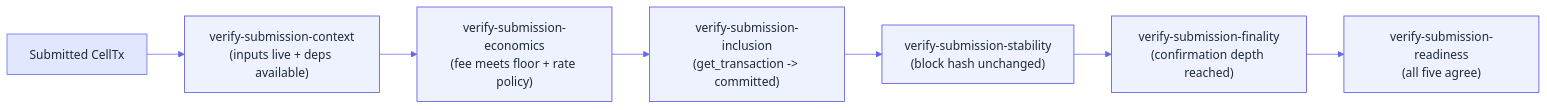
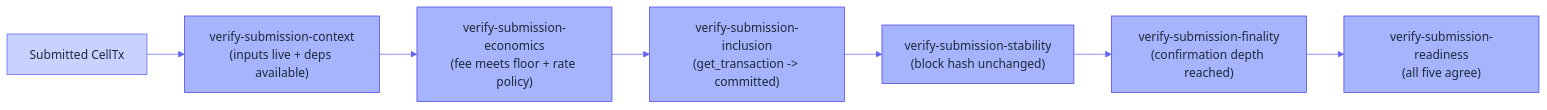
Before and after one commit to Myelin-Labs/Myelin: the third of 3 diagrams in docs/interactions/da-flow.md, drawn with Mermaid. The commit also changed other lines of this file and 31 other files, not shown here.

````diff
--- a/docs/interactions/da-flow.md
+++ b/docs/interactions/da-flow.md
@@ -213,26 +213,26 @@
 ```mermaid
 %%{init: {
   "theme": "base",
   "themeVariables": {
-    "primaryColor": "#EEF2FF",
+    "primaryColor": "#A5B4FC",
     "primaryTextColor": "#1E293B",
     "primaryBorderColor": "#4F46E5",
     "lineColor": "#6366F1",
-    "secondaryColor": "#E0E7FF",
+    "secondaryColor": "#C7D2FE",
     "tertiaryColor": "#C7D2FE"
   }
 }}%%
 flowchart LR
     A["Submitted CellTx"]:::in
     B["verify-submission-context<br/>(inputs live + deps available)"]:::step
     C["verify-submission-economics<br/>(fee meets floor + rate policy)"]:::step
     D["verify-submission-inclusion<br/>(get_transaction -> committed)"]:::step
     E["verify-submission-stability<br/>(block hash unchanged)"]:::step
     F["verify-submission-finality<br/>(confirmation depth reached)"]:::step
     G["verify-submission-readiness<br/>(all five agree)"]:::step
 
     A --> B --> C --> D --> E --> F --> G
 
-    classDef in   fill:#E0E7FF,stroke:#6366F1,color:#1E293B;
-    classDef step fill:#EEF2FF,stroke:#4F46E5,color:#1E293B;
+    classDef in   fill:#C7D2FE,stroke:#6366F1,color:#1E293B;
+    classDef step fill:#A5B4FC,stroke:#4F46E5,color:#1E293B;
 ```
````
